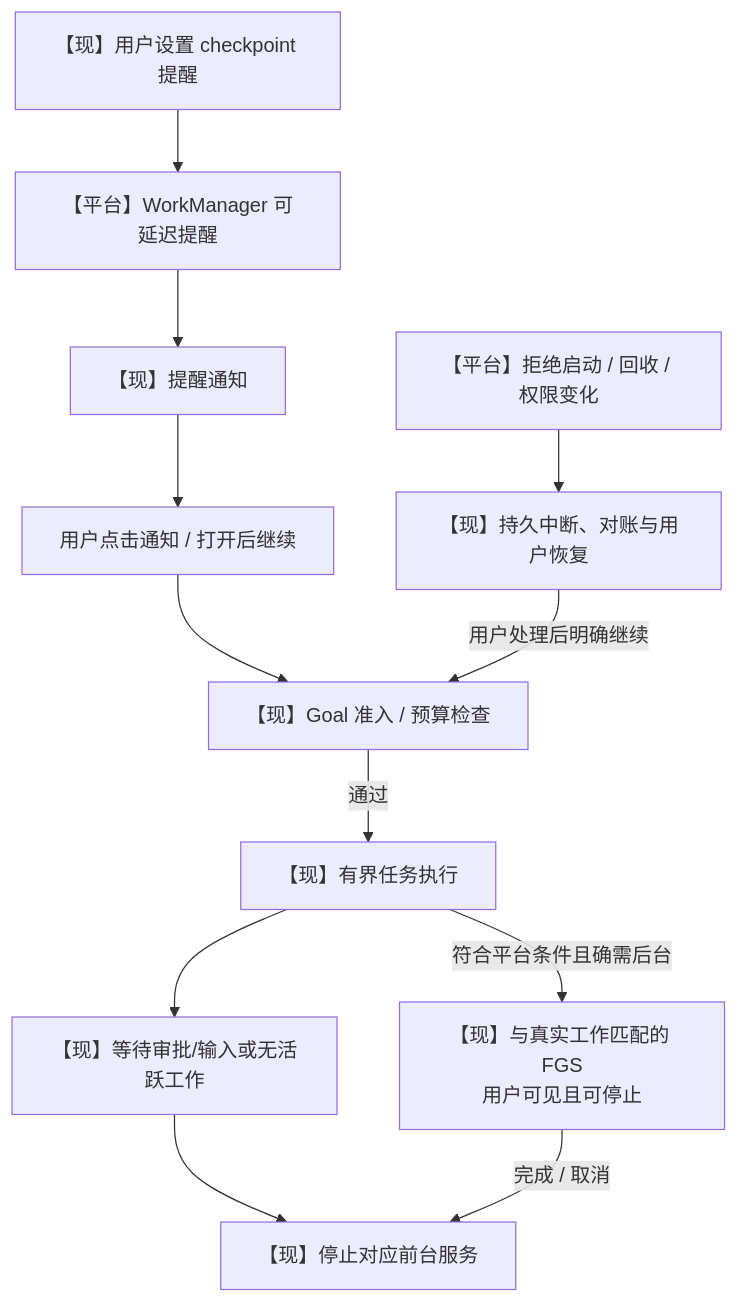
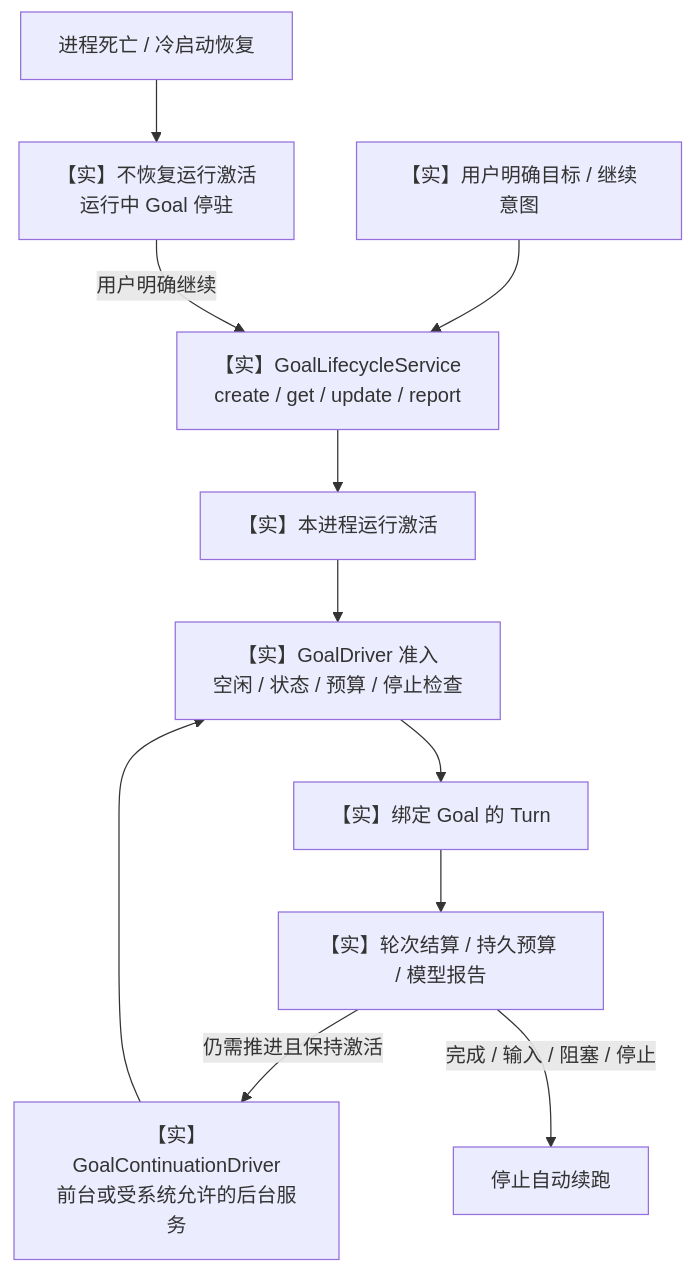
One commit to dollarser/helix-agent changed the seventh of 11 diagrams in docs/research/helix-mermaid-architecture-diagrams.md. Above: the diagram before and after it, drawn with Mermaid. The commit also changed other lines of this file and 1 other file, not shown here.

Commit message:
docs: align research and architecture diagrams with current decisions

````diff
--- a/docs/research/helix-mermaid-architecture-diagrams.md
+++ b/docs/research/helix-mermaid-architecture-diagrams.md
@@ -328,23 +163,13 @@
 ```mermaid
 flowchart TB
-    CHECKPOINT["【现】用户设置 checkpoint 提醒"]
-    WORK["【平台】WorkManager 可延迟提醒"]
-    NOTICE["【现】提醒通知"]
-    TAP["用户点击通知 / 打开后继续"]
-    ADMIT["【现】Goal 准入 / 预算检查"]
-    RUN["【现】有界任务执行"]
-    FGS["【现】与真实工作匹配的 FGS<br/>用户可见且可停止"]
-    WAIT["【现】等待审批/输入或无活跃工作"]
-    STOP["【现】停止对应前台服务"]
-    OS["【平台】拒绝启动 / 回收 / 权限变化"]
-    REC["【现】持久中断、对账与用户恢复"]
-
-    CHECKPOINT --> WORK --> NOTICE
-    NOTICE --> TAP --> ADMIT
-    ADMIT -->|"通过"| RUN
-    RUN -->|"符合平台条件且确需后台"| FGS
-    RUN --> WAIT --> STOP
-    FGS -->|"完成 / 取消"| STOP
-    OS --> REC
-    REC -->|"用户处理后明确继续"| ADMIT
+    USER["【实】用户明确目标 / 继续意图"] --> SERVICE["【实】GoalLifecycleService<br/>create / get / update / report"]
+    SERVICE --> ACTIVE["【实】本进程运行激活"]
+    ACTIVE --> ADMISSION["【实】GoalDriver 准入<br/>空闲 / 状态 / 预算 / 停止检查"]
+    ADMISSION --> RUN["【实】绑定 Goal 的 Turn"]
+    RUN --> SETTLE["【实】轮次结算 / 持久预算 / 模型报告"]
+    SETTLE -->|"仍需推进且保持激活"| CONTINUE["【实】GoalContinuationDriver<br/>前台或受系统允许的后台服务"]
+    CONTINUE --> ADMISSION
+    SETTLE -->|"完成 / 输入 / 阻塞 / 停止"| PARK["停止自动续跑"]
+    DEATH["进程死亡 / 冷启动恢复"] --> DISARM["【实】不恢复运行激活<br/>运行中 Goal 停驻"]
+    DISARM -->|"用户明确继续"| SERVICE
 ```
````
